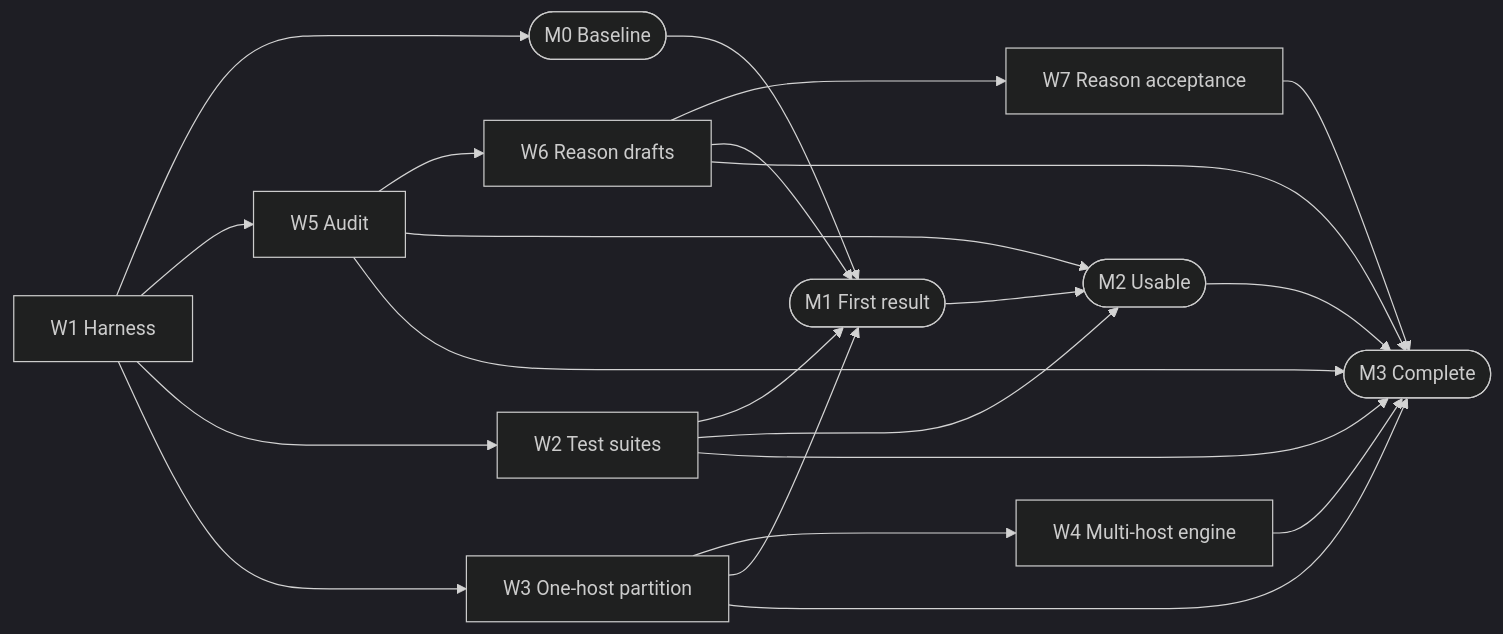
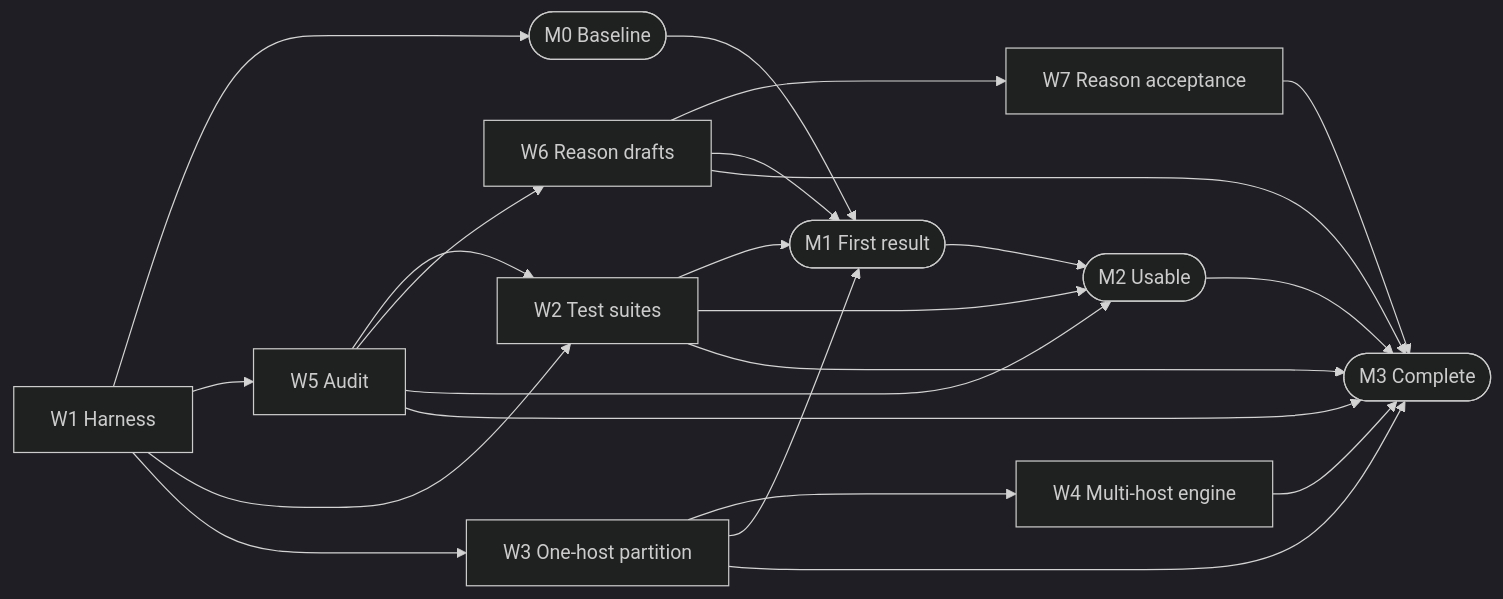
The third of 3 diagrams in projects/drc-forge.md (mithro/open-silicon-hitlist), drawn with Mermaid (dark theme) before and after one commit. The commit also changed other lines of this file and 5 other files, not shown here.

First line of the commit message:
drc-forge: figure fixes after two reviews; skim path back to 1,250

````diff
--- a/projects/drc-forge.md
+++ b/projects/drc-forge.md
@@ -489,35 +489,36 @@
 ```mermaid
 flowchart LR
   W1["W1 Harness"]
   M0(["M0 Baseline"])
   W5["W5 Audit"]
   W6["W6 Reason drafts"]
   W2["W2 Test suites"]
   W3["W3 One-host partition"]
   W7["W7 Reason acceptance"]
   W4["W4 Multi-host engine"]
   M1(["M1 First result"])
   M2(["M2 Usable"])
   M3(["M3 Complete"])
   W1 --> M0
   W1 --> W5
   W1 --> W2
+  W5 --> W2
   W1 --> W3
   W5 --> W6
   W6 --> W7
   W3 --> W4
   M0 --> M1
   W6 --> M1
   W2 --> M1
   W3 --> M1
   M1 --> M2
   W5 --> M2
   W2 --> M2
   M2 --> M3
   W7 --> M3
   W4 --> M3
   W6 --> M3
   W5 --> M3
   W3 --> M3
   W2 --> M3
 ```
````
